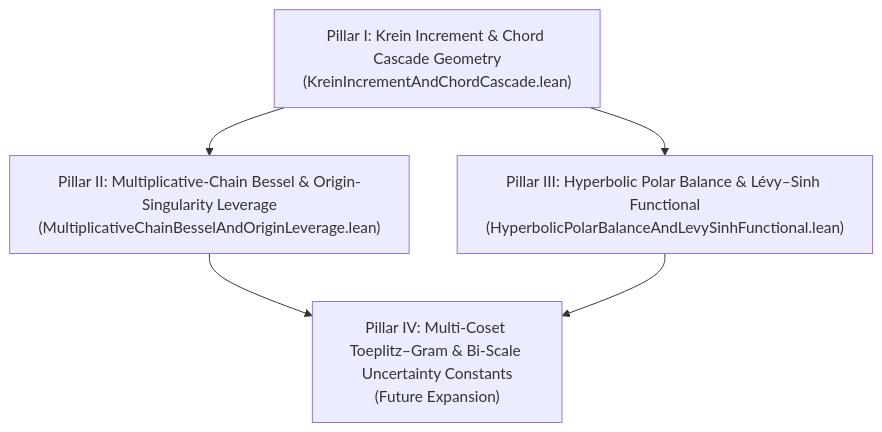
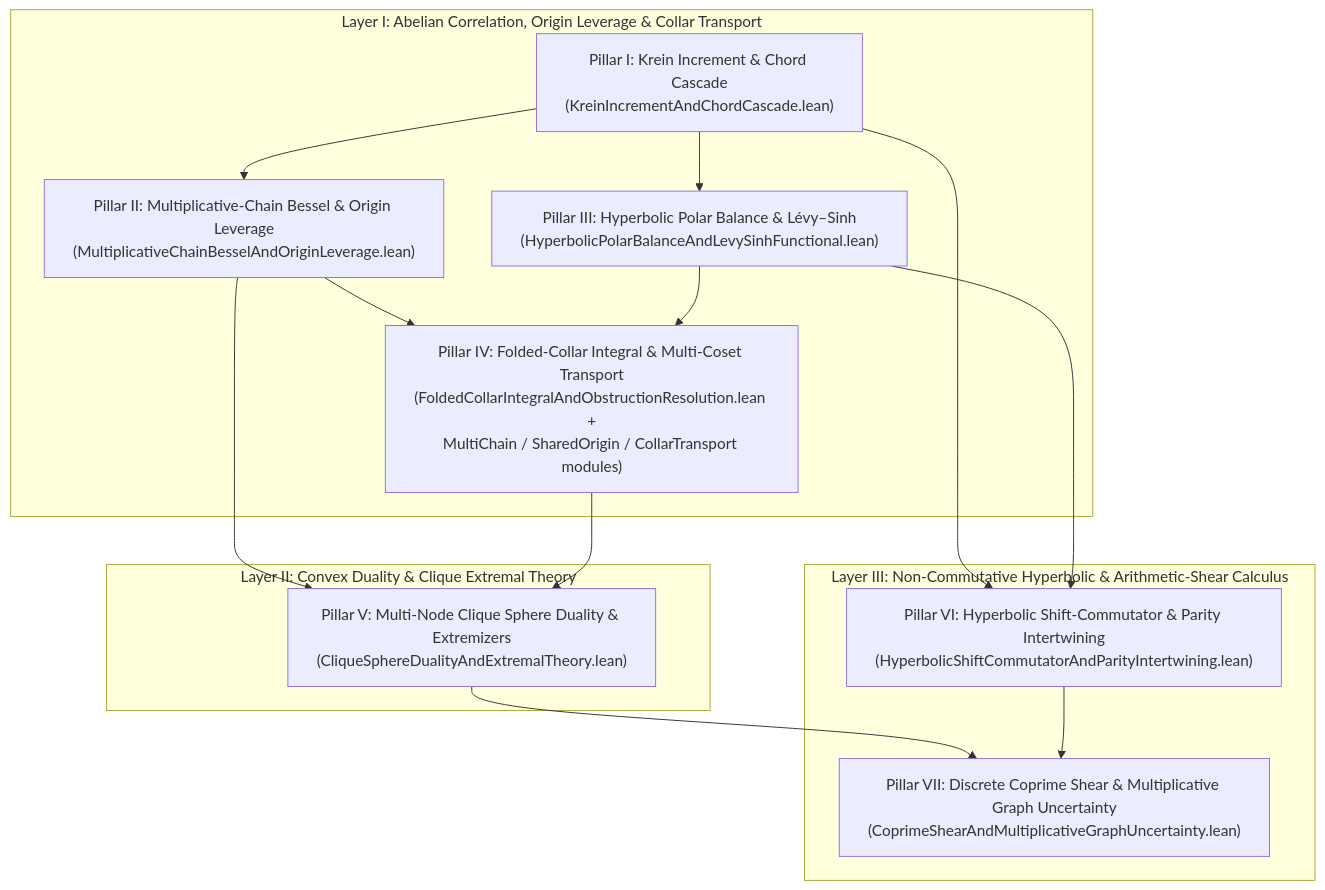
Before and after one commit to michael-haufschild-gib/hgt: the diagram in docs/reports/BiScaleUncertainty/README.md, drawn with Mermaid. The commit also changed other lines of this file and 36 other files, not shown here.

````diff
--- a/docs/reports/BiScaleUncertainty/README.md
+++ b/docs/reports/BiScaleUncertainty/README.md
@@ -105,12 +122,29 @@
 ```mermaid
 flowchart TD
-    P1["Pillar I: Krein Increment & Chord Cascade Geometry<br/>(KreinIncrementAndChordCascade.lean)"]
-    P2["Pillar II: Multiplicative-Chain Bessel & Origin-Singularity Leverage<br/>(MultiplicativeChainBesselAndOriginLeverage.lean)"]
-    P3["Pillar III: Hyperbolic Polar Balance & Lévy–Sinh Functional<br/>(HyperbolicPolarBalanceAndLevySinhFunctional.lean)"]
-    P4["Pillar IV: Multi-Coset Toeplitz–Gram & Bi-Scale Uncertainty Constants<br/>(Future Expansion)"]
+    subgraph Layer1["Layer I: Abelian Correlation, Origin Leverage & Collar Transport"]
+        P1["Pillar I: Krein Increment & Chord Cascade<br/>(KreinIncrementAndChordCascade.lean)"]
+        P2["Pillar II: Multiplicative-Chain Bessel & Origin Leverage<br/>(MultiplicativeChainBesselAndOriginLeverage.lean)"]
+        P3["Pillar III: Hyperbolic Polar Balance & Lévy–Sinh<br/>(HyperbolicPolarBalanceAndLevySinhFunctional.lean)"]
+        P4["Pillar IV: Folded-Collar Integral & Multi-Coset Transport<br/>(FoldedCollarIntegralAndObstructionResolution.lean +<br/>MultiChain / SharedOrigin / CollarTransport modules)"]
+    end
+
+    subgraph Layer2["Layer II: Convex Duality & Clique Extremal Theory"]
+        P5["Pillar V: Multi-Node Clique Sphere Duality & Extremizers<br/>(CliqueSphereDualityAndExtremalTheory.lean)"]
+    end
+
+    subgraph Layer3["Layer III: Non-Commutative Hyperbolic & Arithmetic-Shear Calculus"]
+        P6["Pillar VI: Hyperbolic Shift-Commutator & Parity Intertwining<br/>(HyperbolicShiftCommutatorAndParityIntertwining.lean)"]
+        P7["Pillar VII: Discrete Coprime Shear & Multiplicative Graph Uncertainty<br/>(CoprimeShearAndMultiplicativeGraphUncertainty.lean)"]
+    end
 
     P1 --> P2
     P1 --> P3
     P2 --> P4
     P3 --> P4
+    P2 --> P5
+    P4 --> P5
+    P1 --> P6
+    P3 --> P6
+    P5 --> P7
+    P6 --> P7
 ```
````
